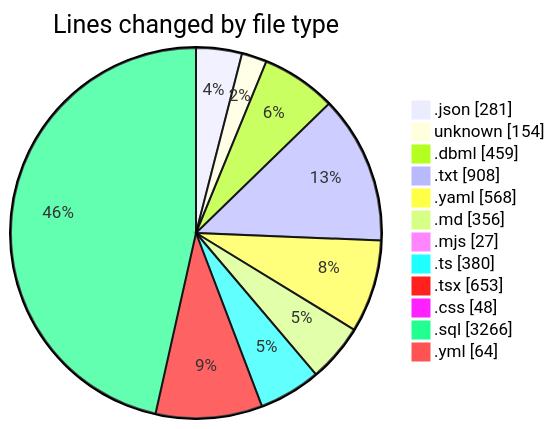
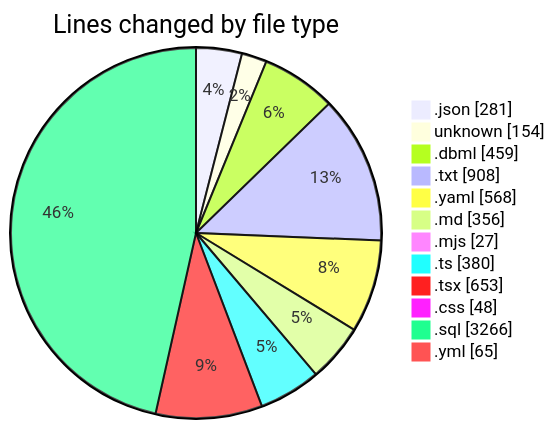
Before and after one commit to mevix1/code-tracking: the first of 2 diagrams in 2025-10-02/oura-api/README.md, drawn with Mermaid. The commit also changed other lines of this file and 1 other file, not shown here.

````diff
--- a/2025-10-02/oura-api/README.md
+++ b/2025-10-02/oura-api/README.md
@@ -72,16 +72,16 @@
 ```mermaid
 pie showData
 title Lines changed by file type
 ".json" : 281
 "unknown" : 154
 ".dbml" : 459
 ".txt" : 908
 ".yaml" : 568
 ".md" : 356
 ".mjs" : 27
 ".ts" : 380
 ".tsx" : 653
 ".css" : 48
 ".sql" : 3266
-".yml" : 64
+".yml" : 65
 ```
````
